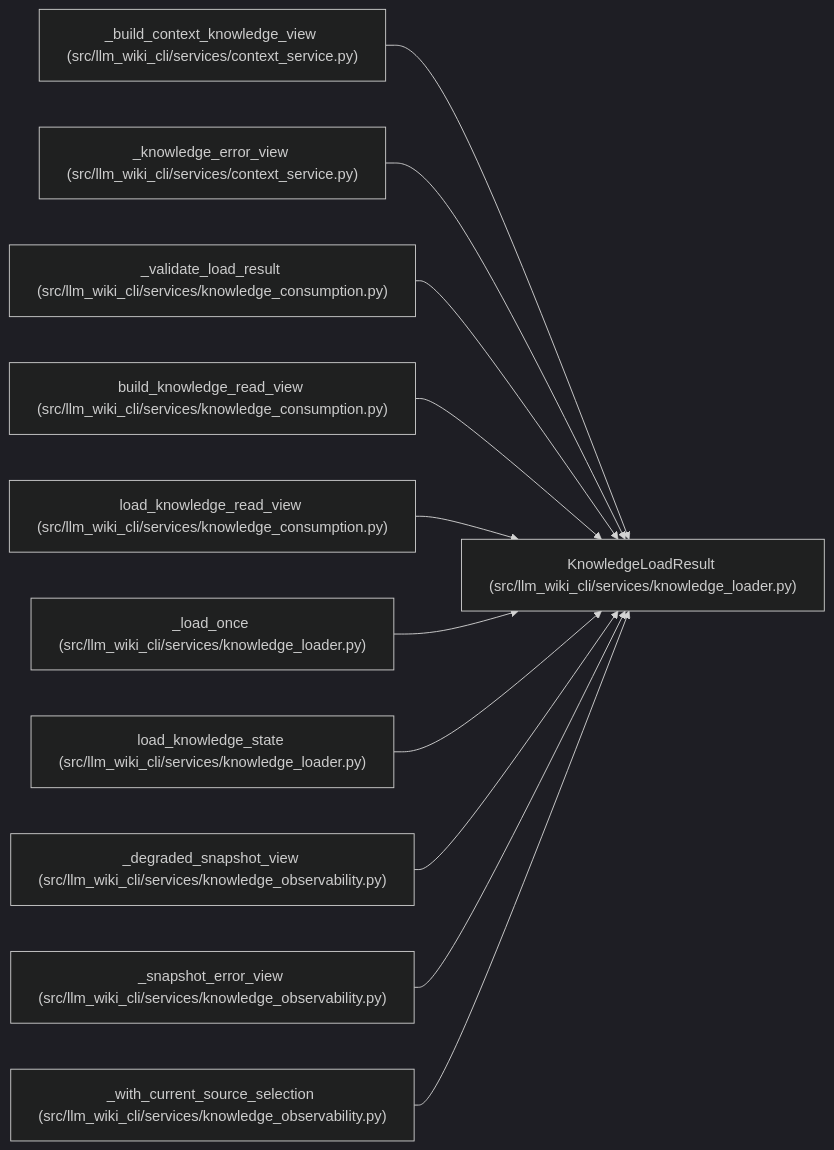
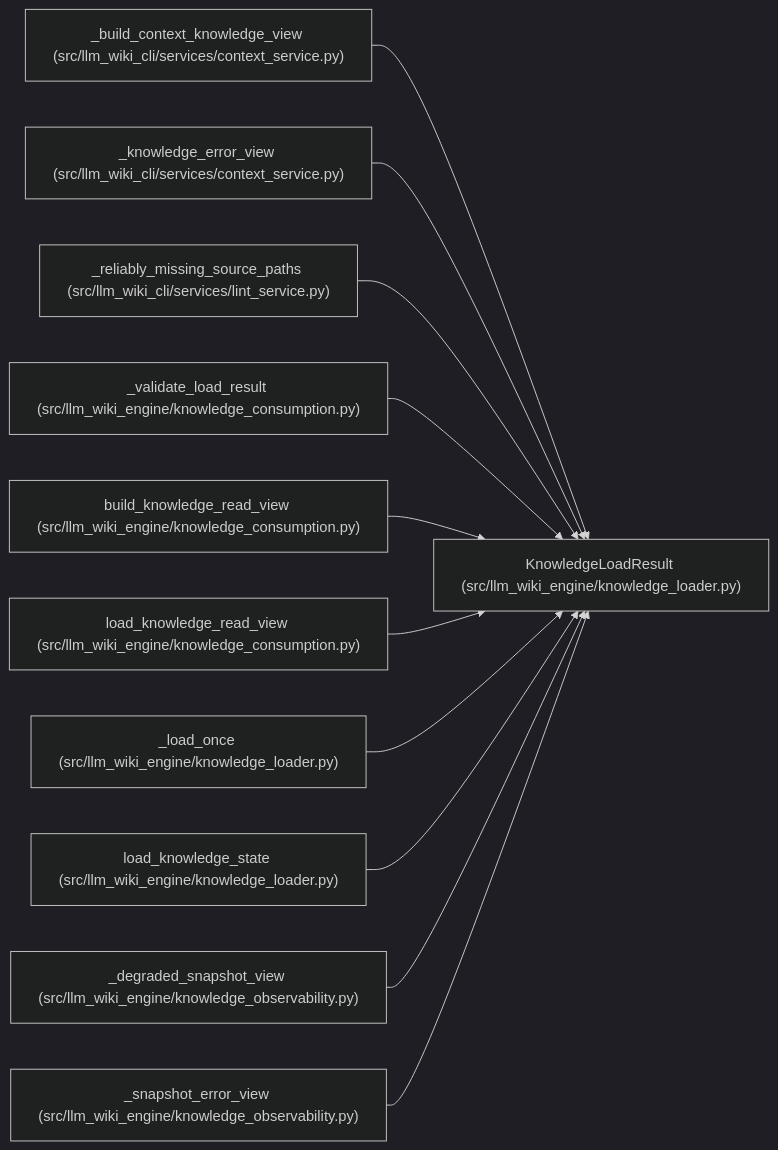
One commit to Denissvgn/python-wiki-llm changed the diagram in docs/llm_wiki/entities/KnowledgeLoadResult.md. Above: the diagram before and after it, drawn with Mermaid (dark theme). The commit also changed other lines of this file and 1058 other files, not shown here.

First line of the commit message:
docs: refresh the wiki for the knowledge store move

````diff
--- a/docs/llm_wiki/entities/KnowledgeLoadResult.md
+++ b/docs/llm_wiki/entities/KnowledgeLoadResult.md
@@ -34,35 +34,35 @@
 ```mermaid
 flowchart LR
-    n0["KnowledgeLoadResult (src/llm_wiki_cli/services/knowledge_loader.py)"]
+    n0["KnowledgeLoadResult (src/llm_wiki_engine/knowledge_loader.py)"]
     n1["_build_context_knowledge_view (src/llm_wiki_cli/services/context_service.py)"]
     n2["_knowledge_error_view (src/llm_wiki_cli/services/context_service.py)"]
-    n3["_validate_load_result (src/llm_wiki_cli/services/knowledge_consumption.py)"]
-    n4["build_knowledge_read_view (src/llm_wiki_cli/services/knowledge_consumption.py)"]
-    n5["load_knowledge_read_view (src/llm_wiki_cli/services/knowledge_consumption.py)"]
-    n6["_load_once (src/llm_wiki_cli/services/knowledge_loader.py)"]
-    n7["load_knowledge_state (src/llm_wiki_cli/services/knowledge_loader.py)"]
-    n8["_degraded_snapshot_view (src/llm_wiki_cli/services/knowledge_observability.py)"]
-    n9["_snapshot_error_view (src/llm_wiki_cli/services/knowledge_observability.py)"]
-    n10["_with_current_source_selection (src/llm_wiki_cli/services/knowledge_observability.py)"]
+    n3["_reliably_missing_source_paths (src/llm_wiki_cli/services/lint_service.py)"]
+    n4["_validate_load_result (src/llm_wiki_engine/knowledge_consumption.py)"]
+    n5["build_knowledge_read_view (src/llm_wiki_engine/knowledge_consumption.py)"]
+    n6["load_knowledge_read_view (src/llm_wiki_engine/knowledge_consumption.py)"]
+    n7["_load_once (src/llm_wiki_engine/knowledge_loader.py)"]
+    n8["load_knowledge_state (src/llm_wiki_engine/knowledge_loader.py)"]
+    n9["_degraded_snapshot_view (src/llm_wiki_engine/knowledge_observability.py)"]
+    n10["_snapshot_error_view (src/llm_wiki_engine/knowledge_observability.py)"]
     n1 --> n0
     n2 --> n0
     n3 --> n0
     n4 --> n0
     n5 --> n0
     n6 --> n0
     n7 --> n0
     n8 --> n0
     n9 --> n0
     n10 --> n0
     click n0 "../modules/knowledge_loader.md"
     click n1 "../modules/context_service.md"
     click n2 "../modules/context_service.md"
-    click n3 "../modules/knowledge_consumption.md"
+    click n3 "../modules/lint_service.md"
     click n4 "../modules/knowledge_consumption.md"
     click n5 "../modules/knowledge_consumption.md"
-    click n6 "../modules/knowledge_loader.md"
+    click n6 "../modules/knowledge_consumption.md"
     click n7 "../modules/knowledge_loader.md"
-    click n8 "../modules/knowledge_observability.md"
+    click n8 "../modules/knowledge_loader.md"
     click n9 "../modules/knowledge_observability.md"
     click n10 "../modules/knowledge_observability.md"
 ```
````
